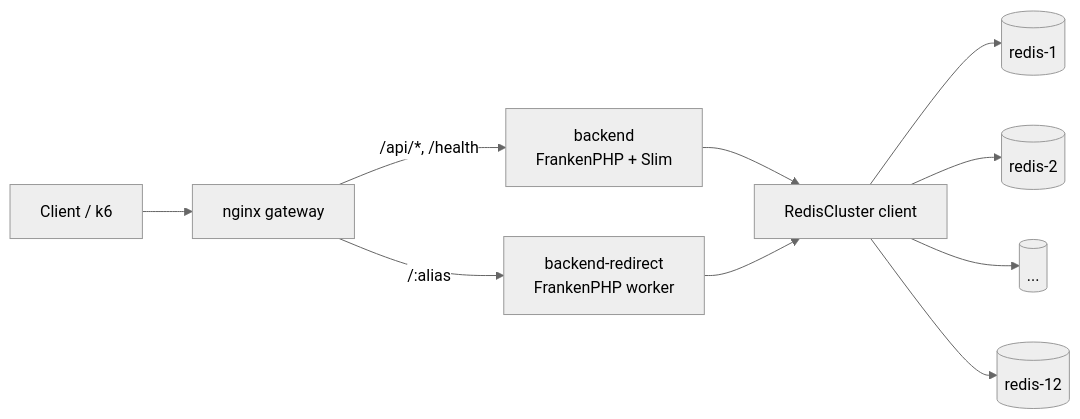
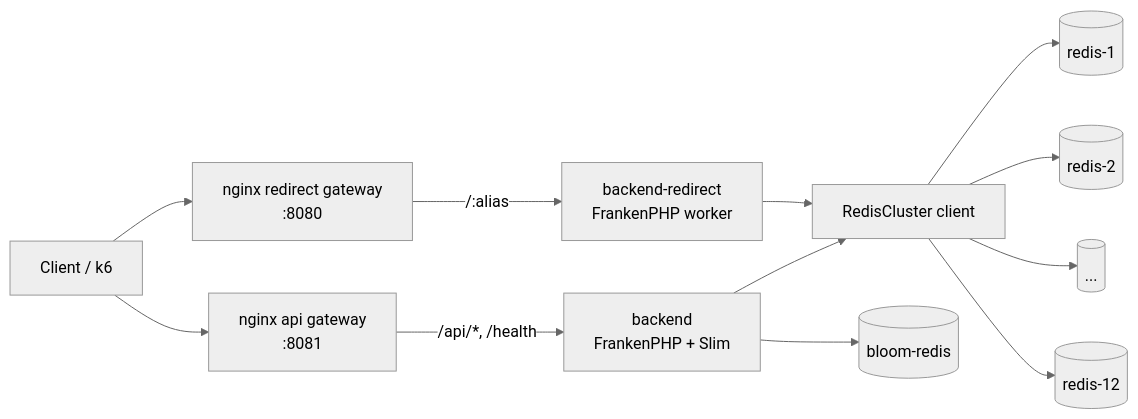
Before and after one commit to sumiredc/alias-url: the first of 5 diagrams in variants/distributed/README.md, drawn with Mermaid (neutral theme). The commit also changed other lines of this file and 42 other files, not shown here.

````diff
--- a/variants/distributed/README.md
+++ b/variants/distributed/README.md
@@ -7,14 +7,16 @@
 ```mermaid
 flowchart LR
-    client[Client / k6] --> gateway[nginx gateway]
-    gateway -- "/api/*, /health" --> backend[backend<br/>FrankenPHP + Slim]
-    gateway -- "/:alias" --> redirect[backend-redirect<br/>FrankenPHP worker]
+    client[Client / k6] --> apiGateway[nginx api gateway<br/>:8081]
+    client --> redirectGateway[nginx redirect gateway<br/>:8080]
+    apiGateway -- "/api/*, /health" --> backend[backend<br/>FrankenPHP + Slim]
+    redirectGateway -- "/:alias" --> redirect[backend-redirect<br/>FrankenPHP worker]
 
     backend --> cluster[RedisCluster client]
     redirect --> cluster
+    backend --> bloom[(bloom-redis)]
 
     cluster --> r1[(redis-1)]
     cluster --> r2[(redis-2)]
     cluster --> r3[(...)]
     cluster --> r12[(redis-12)]
 ```
````
